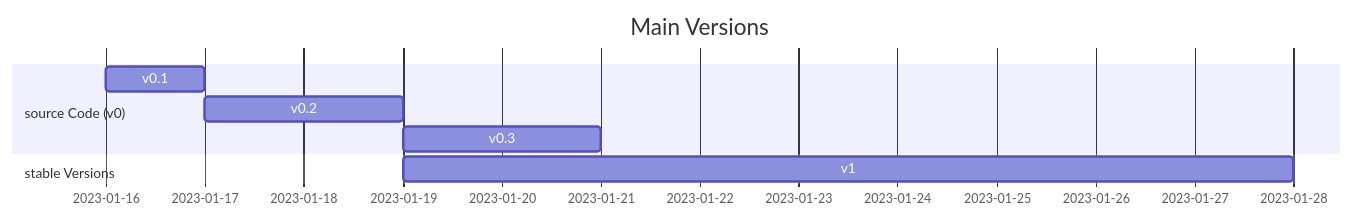
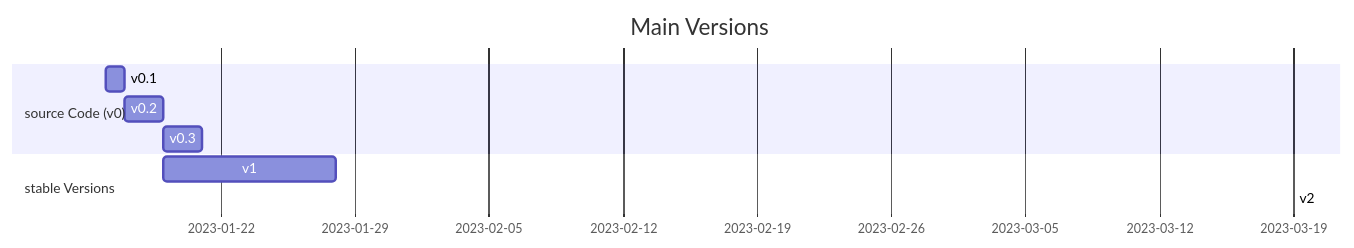
One commit to cognitivefactory/twitter-scraper changed the diagram in README.md. Above: the diagram before and after it, drawn with Mermaid. The commit also changed other lines of this file, not shown here.

````diff
--- a/README.md
+++ b/README.md
@@ -76,13 +76,14 @@
 ```mermaid
 gantt
     title Main Versions
     dateFormat YYYY-MM-DD
 
     section source Code (v0)
     v0.1 : 2023-01-16, 1d
     v0.2 :             2d
     v0.3 :             2d
 
     section stable Versions
     v1   : 2023-01-19, 9d
+    v2   : 2023-03-19, d
 ```
````
